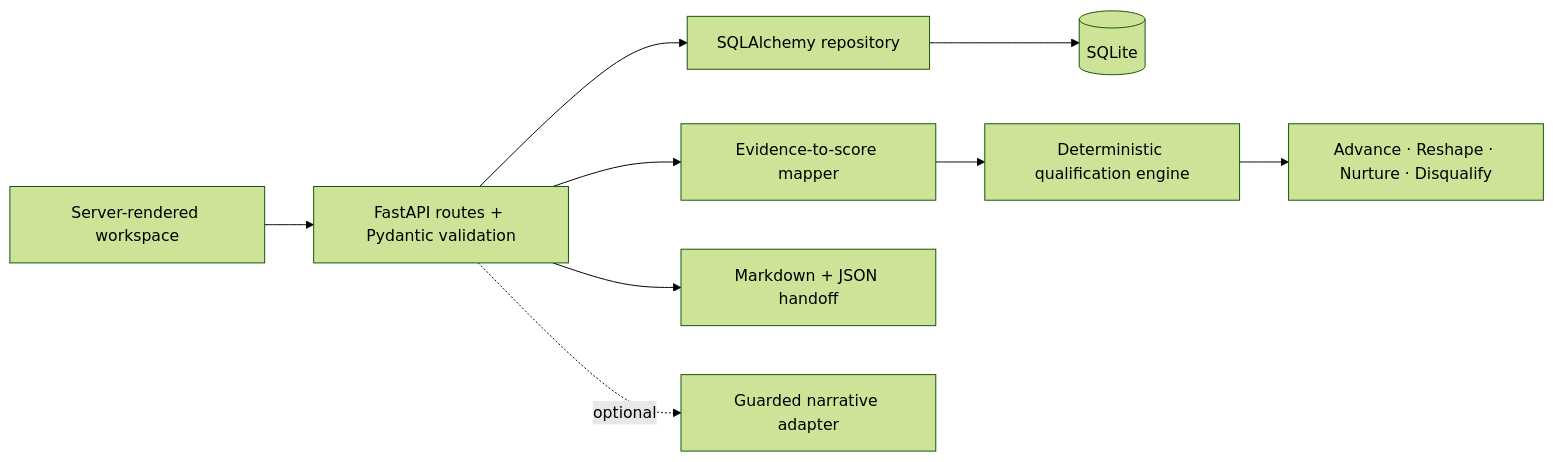
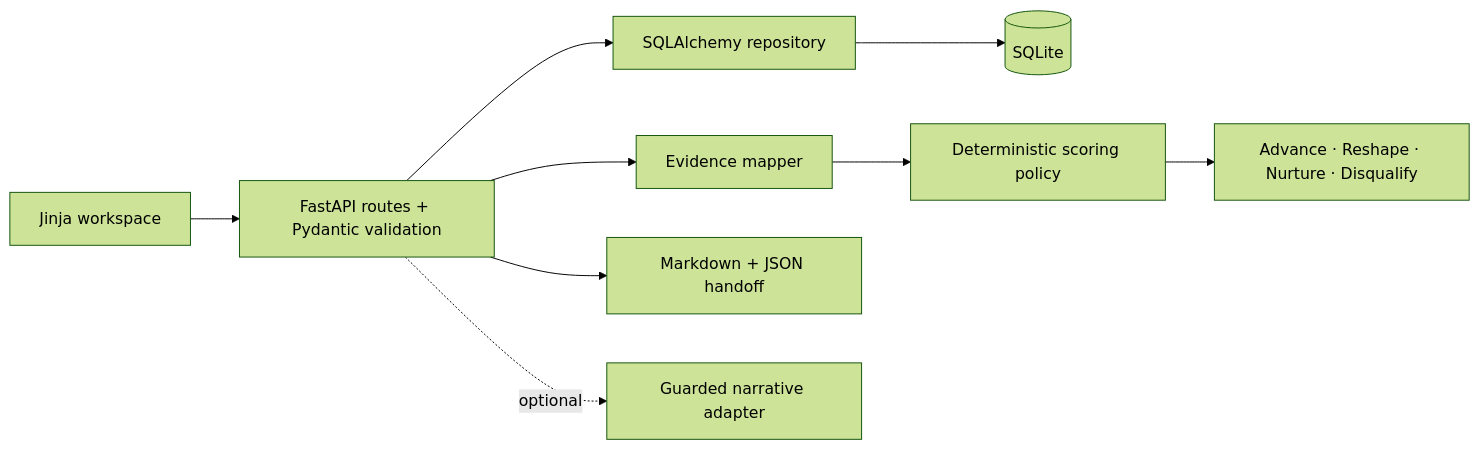
The diagram in README.md (daetan999/ai-infra-opportunity-workbench), drawn with Mermaid (forest theme) before and after one commit. The commit also changed other lines of this file and 5 other files, not shown here.

````diff
--- a/README.md
+++ b/README.md
@@ -70,11 +77,11 @@
 ```mermaid
 flowchart LR
-    UI["Server-rendered workspace"] --> API["FastAPI routes + Pydantic validation"]
+    UI["Jinja workspace"] --> API["FastAPI routes + Pydantic validation"]
     API --> REPO["SQLAlchemy repository"]
     REPO --> DB[("SQLite")]
-    API --> MAP["Evidence-to-score mapper"]
-    MAP --> SCORE["Deterministic qualification engine"]
+    API --> MAP["Evidence mapper"]
+    MAP --> SCORE["Deterministic scoring policy"]
     SCORE --> DECISION["Advance · Reshape · Nurture · Disqualify"]
     API --> EXPORT["Markdown + JSON handoff"]
     API -. optional .-> NARRATIVE["Guarded narrative adapter"]
 ```
````
